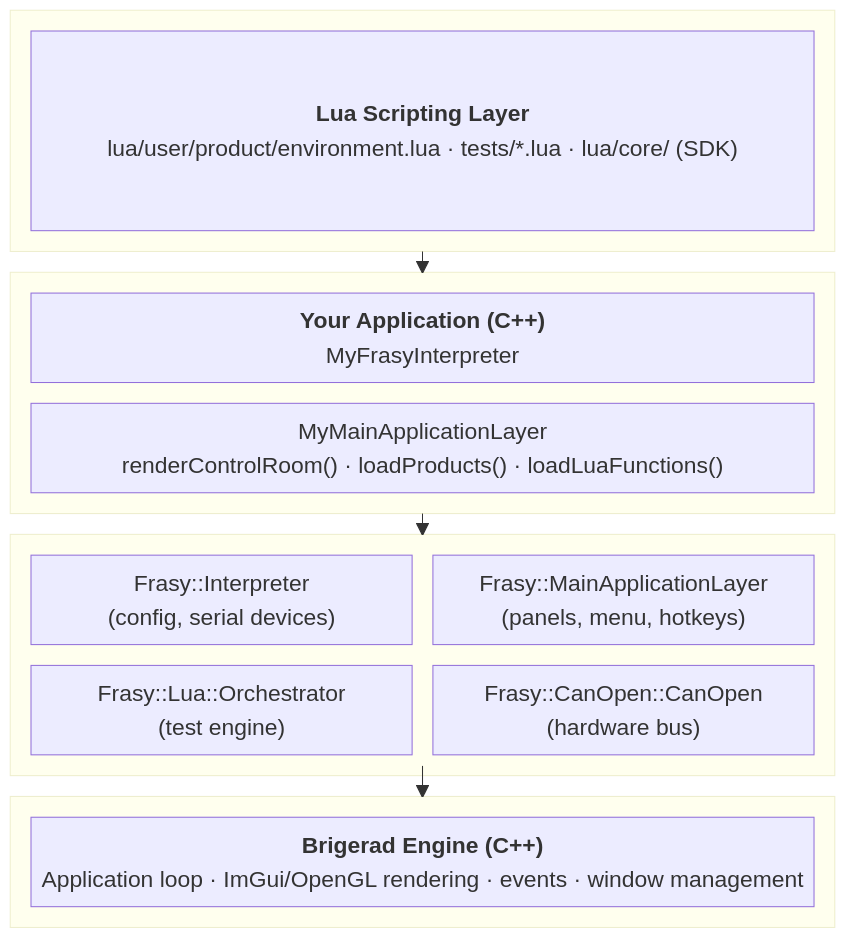
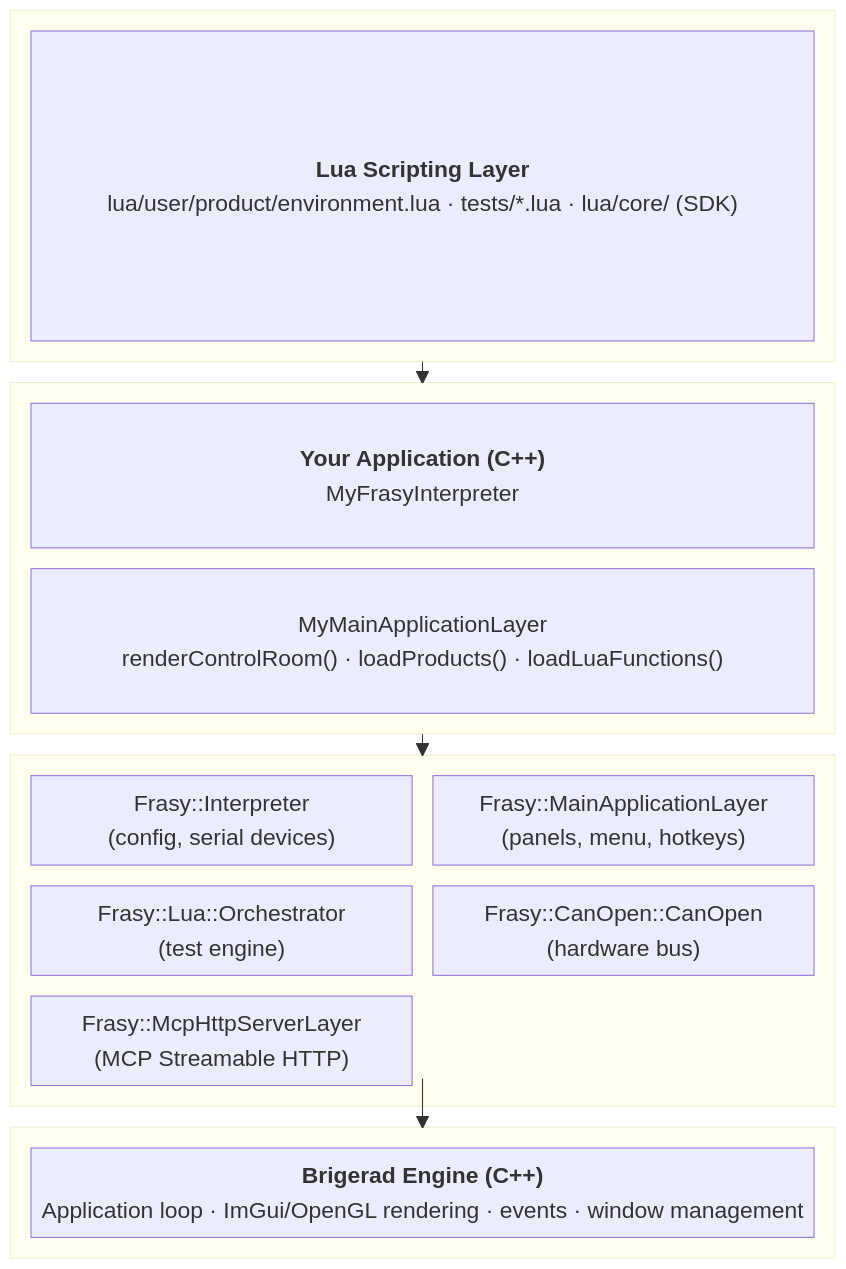
Before and after one commit to smartel99/Frasy: the first of 2 diagrams in docs/architecture/overview.md, drawn with Mermaid. The commit also changed other lines of this file and 2 other files, not shown here.

First line of the commit message:
docs: document embedded MCP HTTP server and client relay

````diff
--- a/docs/architecture/overview.md
+++ b/docs/architecture/overview.md
@@ -9,29 +9,30 @@
 ```mermaid
 %%{init: {"themeVariables": {"fontSize": "22px"}, "block": {"padding": 20}}}%%
 block-beta
     columns 1
     block:lua
         columns 1
         H["<b>Lua Scripting Layer</b><br/>lua/user/product/environment.lua · tests/*.lua · lua/core/ (SDK)"]
     end
     block:app
         columns 1
         A["<b>Your Application (C++)</b><br/>MyFrasyInterpreter"]
         B["MyMainApplicationLayer<br/>renderControlRoom() · loadProducts() · loadLuaFunctions()"]
     end
     block:frasy
         columns 2
         C["Frasy::Interpreter<br/>(config, serial devices)"]
         D["Frasy::MainApplicationLayer<br/>(panels, menu, hotkeys)"]
         E["Frasy::Lua::Orchestrator<br/>(test engine)"]
         F["Frasy::CanOpen::CanOpen<br/>(hardware bus)"]
+        I["Frasy::McpHttpServerLayer<br/>(MCP Streamable HTTP)"]
     end
     block:brigerad
         columns 1
         G["<b>Brigerad Engine (C++)</b><br/>Application loop · ImGui/OpenGL rendering · events · window management"]
     end
 
     lua --> app
     app --> frasy
     frasy --> brigerad
 ```
````
